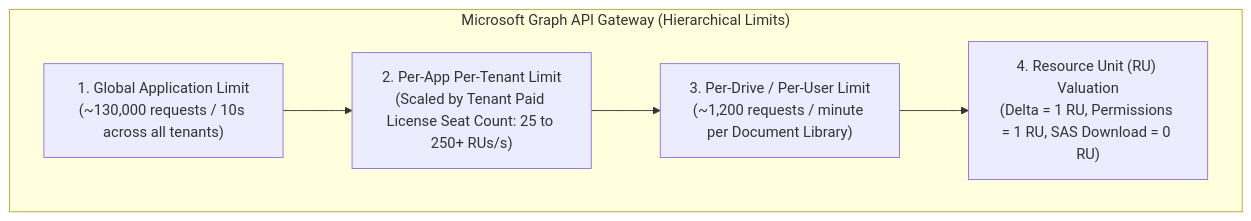
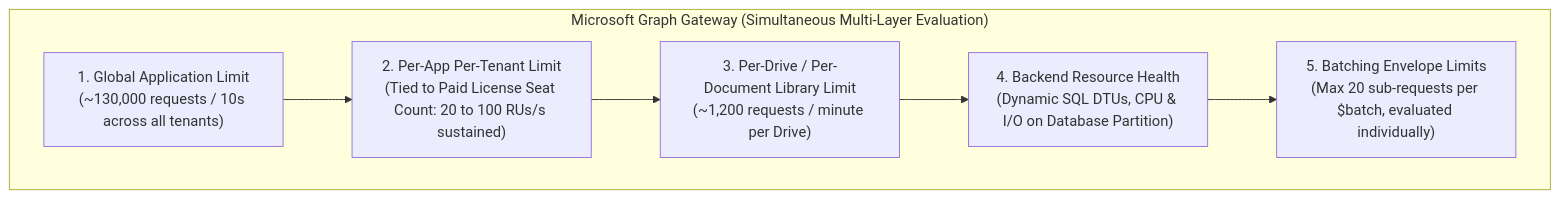
Before and after one commit to gaurav10610/oxmq: the first of 4 diagrams in oxmq-examples/oxdoc-365/docs/RATE_LIMITING_AND_THROTTLING.md, drawn with Mermaid. The commit also changed other lines of this file and 1 other file, not shown here.

Commit message:
docs(oxdoc): document Microsoft Graph multi-tiered throttling research and parity strategy

````diff
--- a/oxmq-examples/oxdoc-365/docs/RATE_LIMITING_AND_THROTTLING.md
+++ b/oxmq-examples/oxdoc-365/docs/RATE_LIMITING_AND_THROTTLING.md
@@ -21,13 +33,15 @@
 ```mermaid
 flowchart TD
-    subgraph M365_Gateway ["Microsoft Graph API Gateway (Hierarchical Limits)"]
-        GlobalApp["1. Global Application Limit<br/>(~130,000 requests / 10s across all tenants)"]
-        TenantApp["2. Per-App Per-Tenant Limit<br/>(Scaled by Tenant Paid License Seat Count: 25 to 250+ RUs/s)"]
-        PerDrive["3. Per-Drive / Per-User Limit<br/>(~1,200 requests / minute per Document Library)"]
-        CostCurrency["4. Resource Unit (RU) Valuation<br/>(Delta = 1 RU, Permissions = 1 RU, SAS Download = 0 RU)"]
+    subgraph Gateway ["Microsoft Graph Gateway (Simultaneous Multi-Layer Evaluation)"]
+        L1["1. Global Application Limit<br/>(~130,000 requests / 10s across all tenants)"]
+        L2["2. Per-App Per-Tenant Limit<br/>(Tied to Paid License Seat Count: 20 to 100 RUs/s sustained)"]
+        L3["3. Per-Drive / Per-Document Library Limit<br/>(~1,200 requests / minute per Drive)"]
+        L4["4. Backend Resource Health<br/>(Dynamic SQL DTUs, CPU & I/O on Database Partition)"]
+        L5["5. Batching Envelope Limits<br/>(Max 20 sub-requests per $batch, evaluated individually)"]
     end
 
-    GlobalApp --> TenantApp
-    TenantApp --> PerDrive
-    PerDrive --> CostCurrency
+    L1 --> L2
+    L2 --> L3
+    L3 --> L4
+    L4 --> L5
 ```
````
